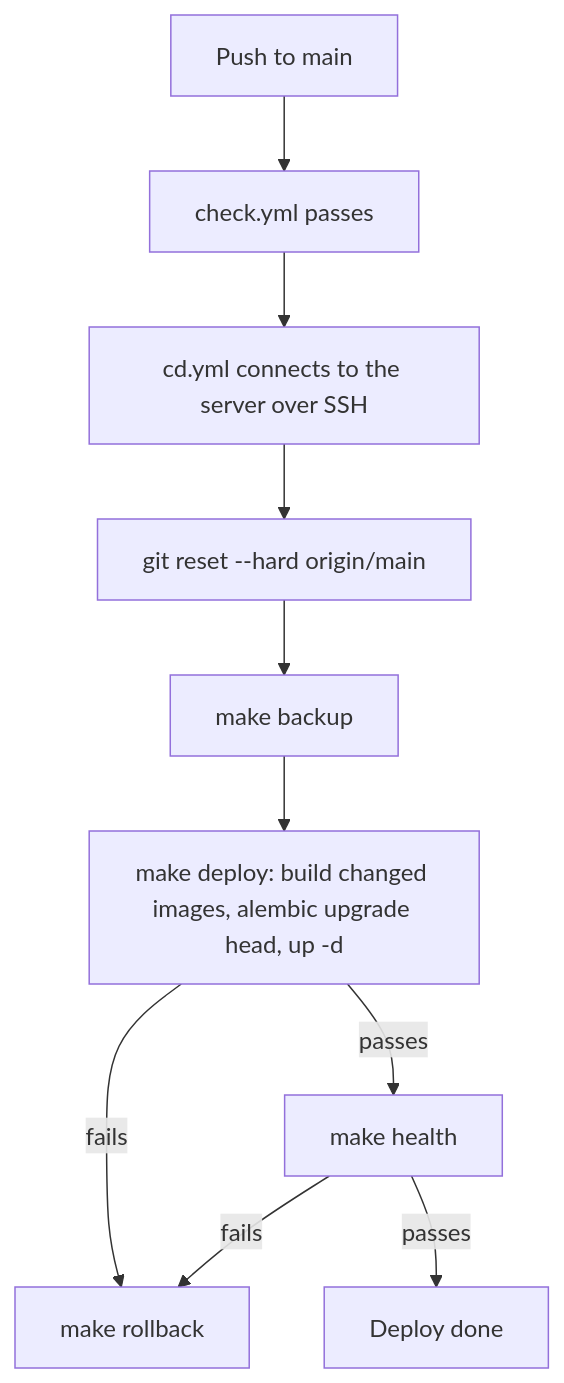
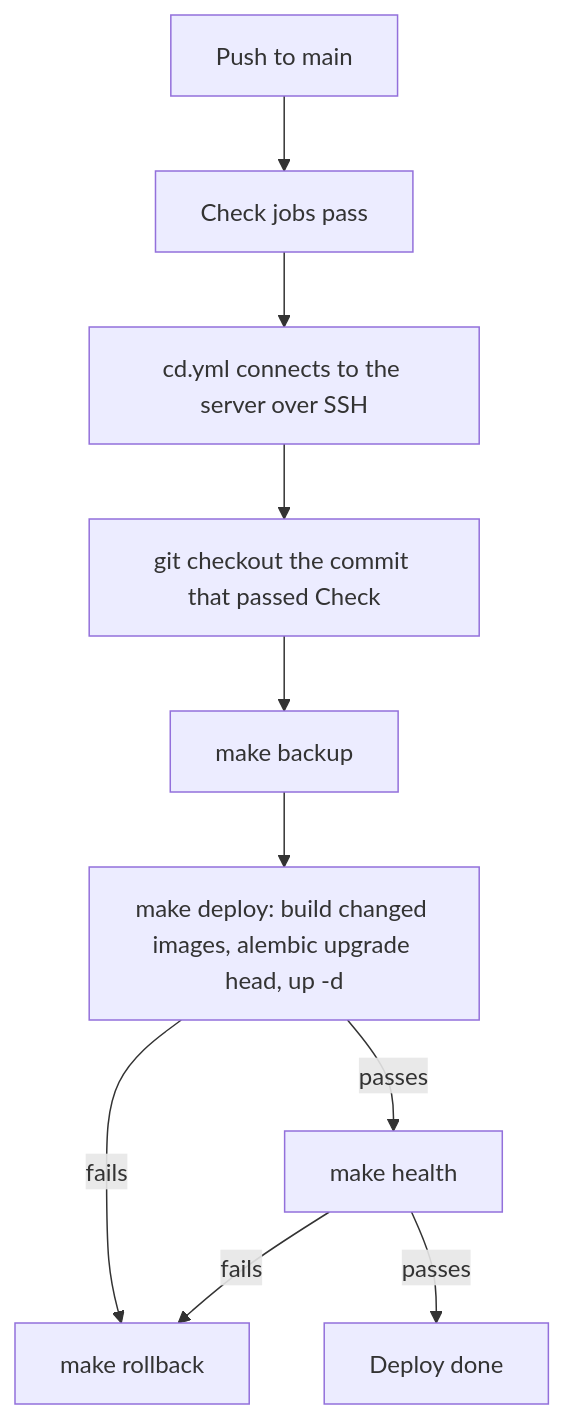
The diagram in docs/operations.md (asusoda/soda-internal-api), drawn with Mermaid before and after one commit. The commit also changed other lines of this file and 6 other files, not shown here.

````diff
--- a/docs/operations.md
+++ b/docs/operations.md
@@ -122,12 +125,12 @@
 ```mermaid
 flowchart TD
-  push["Push to main"] --> check["check.yml passes"]
+  push["Push to main"] --> check["Check jobs pass"]
   check --> cd["cd.yml connects to the server over SSH"]
-  cd --> reset["git reset --hard origin/main"]
-  reset --> backup["make backup"]
+  cd --> checkout["git checkout the commit that passed Check"]
+  checkout --> backup["make backup"]
   backup --> deploy["make deploy: build changed images, alembic upgrade head, up -d"]
   deploy -->|fails| rollback["make rollback"]
   deploy -->|passes| health["make health"]
   health -->|fails| rollback
   health -->|passes| done["Deploy done"]
 ```
````
